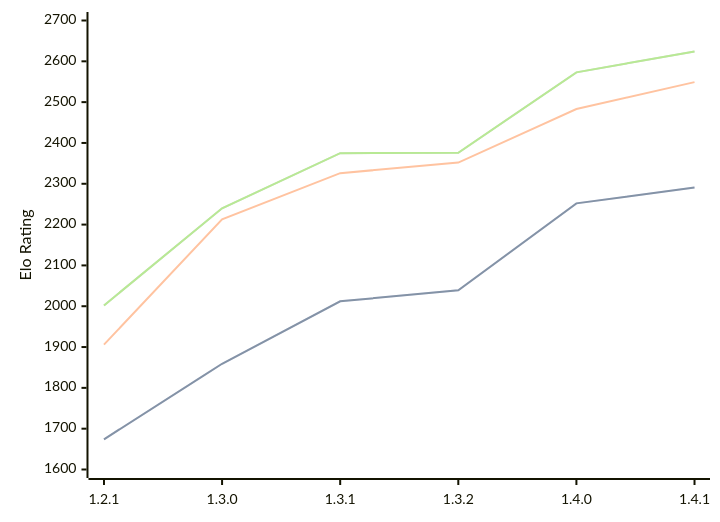
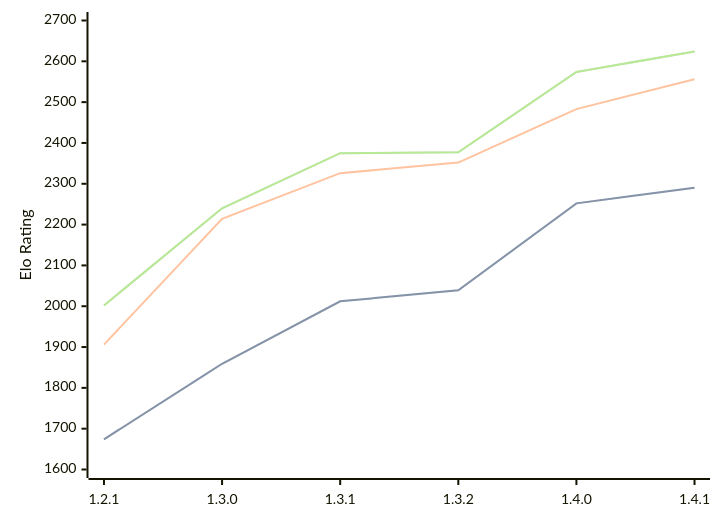
One commit to computer-chess-index/cci changed the diagram in engines/Chal.md. Above: the diagram before and after it, drawn with Mermaid. The commit also changed other lines of this file, not shown here.

Commit message:
Update CCI Ratings (ELO VLTC) - 2026-06-11

````diff
--- a/engines/Chal.md
+++ b/engines/Chal.md
@@ -39,11 +39,11 @@
 ```mermaid
 %%{init: {"theme":"base","themeVariables":{"seriesColors:['#a3a3a3','#222221','#faa371']}}}%%
 xychart-beta
   x-axis ["1.2.1", "1.3.0", "1.3.1", "1.3.2", "1.4.0", "1.4.1"]
   y-axis "Elo Rating" 1600 --> 2700
-  line "STC (8.0+0.08s)" [1674, 1859, 2012, 2039, 2252, 2291]
-  line "STC (8.0+0.08s)" [1674, 1859, 2012, 2039, 2252, 2291]
-  line "LTC (60.0+0.60s)" [1906, 2213, 2326, 2352, 2483, 2549]
-  line "VLTC (2m24s+1.12s)" [2002, 2240, 2375, 2376, 2573, 2624]
-  line "VLTC (2m24s+1.12s)" [2002, 2240, 2375, 2376, 2573, 2624]
+  line "STC (8.0+0.08s)" [1674, 1859, 2012, 2039, 2252, 2290]
+  line "STC (8.0+0.08s)" [1674, 1859, 2012, 2039, 2252, 2290]
+  line "LTC (60.0+0.60s)" [1906, 2214, 2326, 2352, 2483, 2556]
+  line "VLTC (2m24s+1.12s)" [2002, 2240, 2375, 2377, 2574, 2624]
+  line "VLTC (2m24s+1.12s)" [2002, 2240, 2375, 2377, 2574, 2624]
 ```
````
